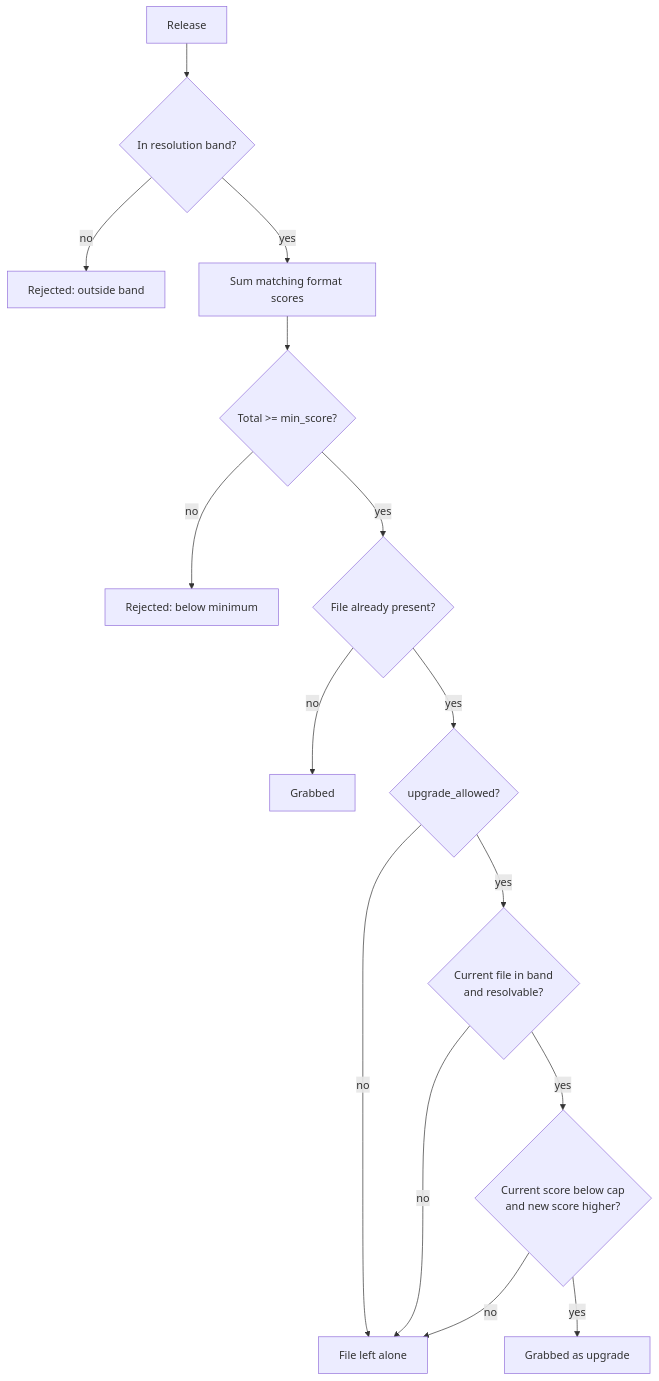
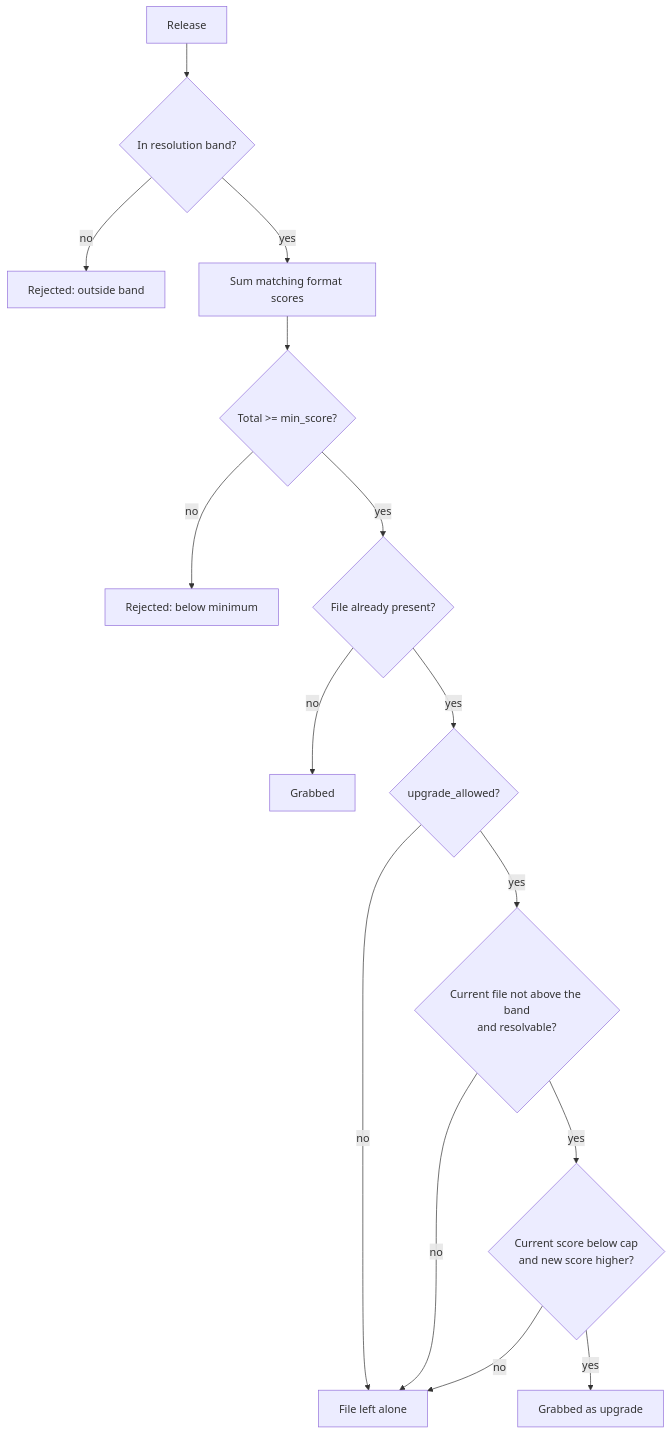
One commit to DataHearth/streamline changed the diagram in docs/wiki/Quality-Profiles-and-Custom-Formats.md. Above: the diagram before and after it, drawn with Mermaid. The commit also changed other lines of this file and 45 other files, not shown here.

````diff
--- a/docs/wiki/Quality-Profiles-and-Custom-Formats.md
+++ b/docs/wiki/Quality-Profiles-and-Custom-Formats.md
@@ -9,17 +9,17 @@
 ```mermaid
 flowchart TD
   A[Release] --> B{In resolution band?}
   B -->|no| R1[Rejected: outside band]
   B -->|yes| C[Sum matching format scores]
   C --> D{Total >= min_score?}
   D -->|no| R2[Rejected: below minimum]
   D -->|yes| E{File already present?}
   E -->|no| G[Grabbed]
   E -->|yes| F{upgrade_allowed?}
   F -->|no| I[File left alone]
-  F -->|yes| H{Current file in band<br/>and resolvable?}
+  F -->|yes| H{Current file not above the band<br/>and resolvable?}
   H -->|no| I
   H -->|yes| J{Current score below cap<br/>and new score higher?}
   J -->|no| I
   J -->|yes| K[Grabbed as upgrade]
 ```
````
